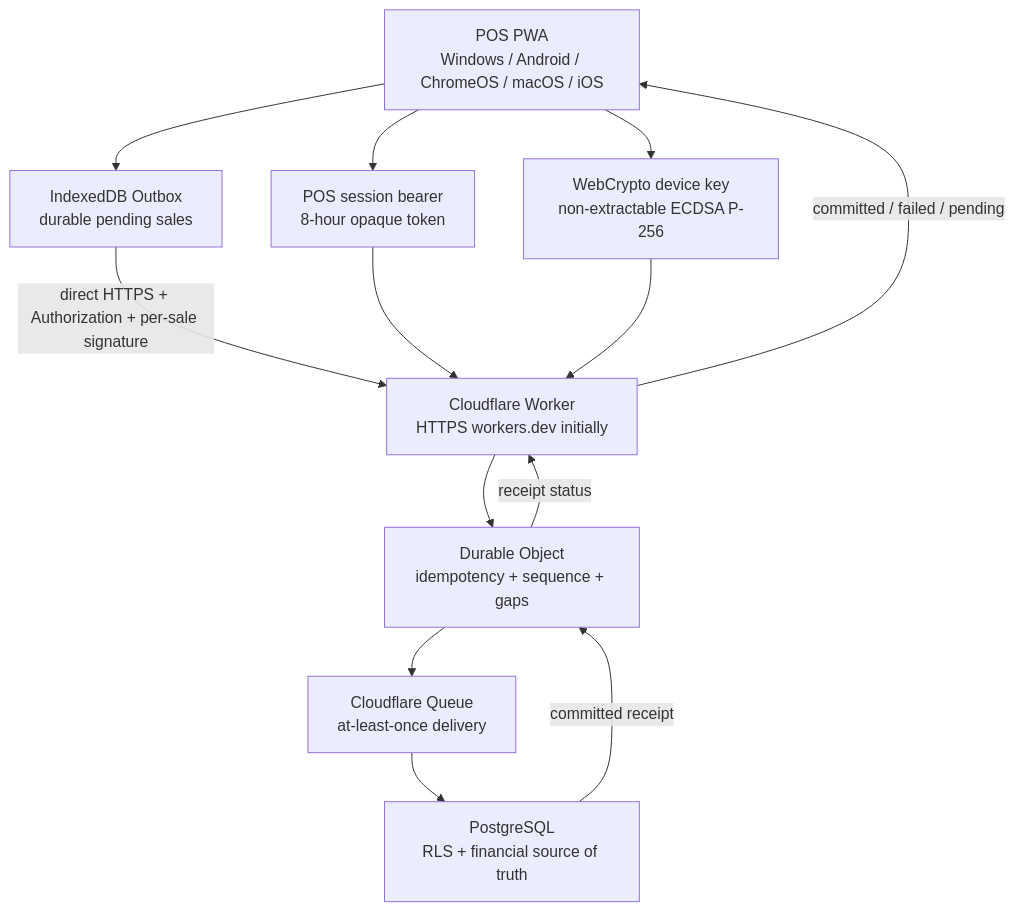
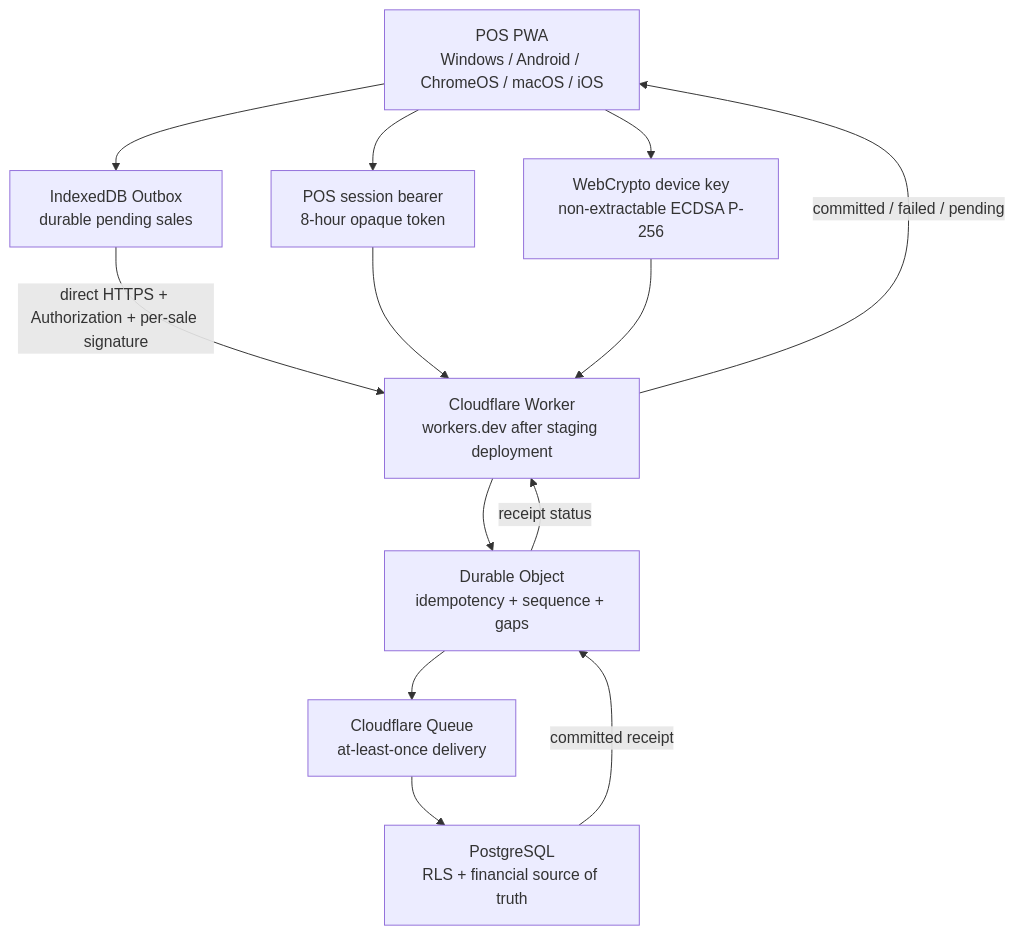
The diagram in docs/superpowers/specs/2026-11-16-direct-pwa-device-auth-design.md (prodxowner-png/PRODX-POS), drawn with Mermaid before and after one commit. The commit also changed other lines of this file, not shown here.

Commit message:
docs(edge-sync): correct staging deployment evidence

````diff
--- a/docs/superpowers/specs/2026-11-16-direct-pwa-device-auth-design.md
+++ b/docs/superpowers/specs/2026-11-16-direct-pwa-device-auth-design.md
@@ -48,23 +54,23 @@
 ```mermaid
 flowchart TD
   PWA["POS PWA<br/>Windows / Android / ChromeOS / macOS / iOS"]
   IDB["IndexedDB Outbox<br/>durable pending sales"]
   AUTH["POS session bearer<br/>8-hour opaque token"]
   KEY["WebCrypto device key<br/>non-extractable ECDSA P-256"]
-  EDGE["Cloudflare Worker<br/>HTTPS workers.dev initially"]
+  EDGE["Cloudflare Worker<br/>workers.dev after staging deployment"]
   DO["Durable Object<br/>idempotency + sequence + gaps"]
   Q["Cloudflare Queue<br/>at-least-once delivery"]
   PG["PostgreSQL<br/>RLS + financial source of truth"]
   PWA --> IDB
   PWA --> AUTH
   PWA --> KEY
   IDB -->|"direct HTTPS + Authorization + per-sale signature"| EDGE
   AUTH --> EDGE
   KEY --> EDGE
   EDGE --> DO
   DO --> Q
   Q --> PG
   PG -->|"committed receipt"| DO
   DO -->|"receipt status"| EDGE
   EDGE -->|"committed / failed / pending"| PWA
 ```
````
